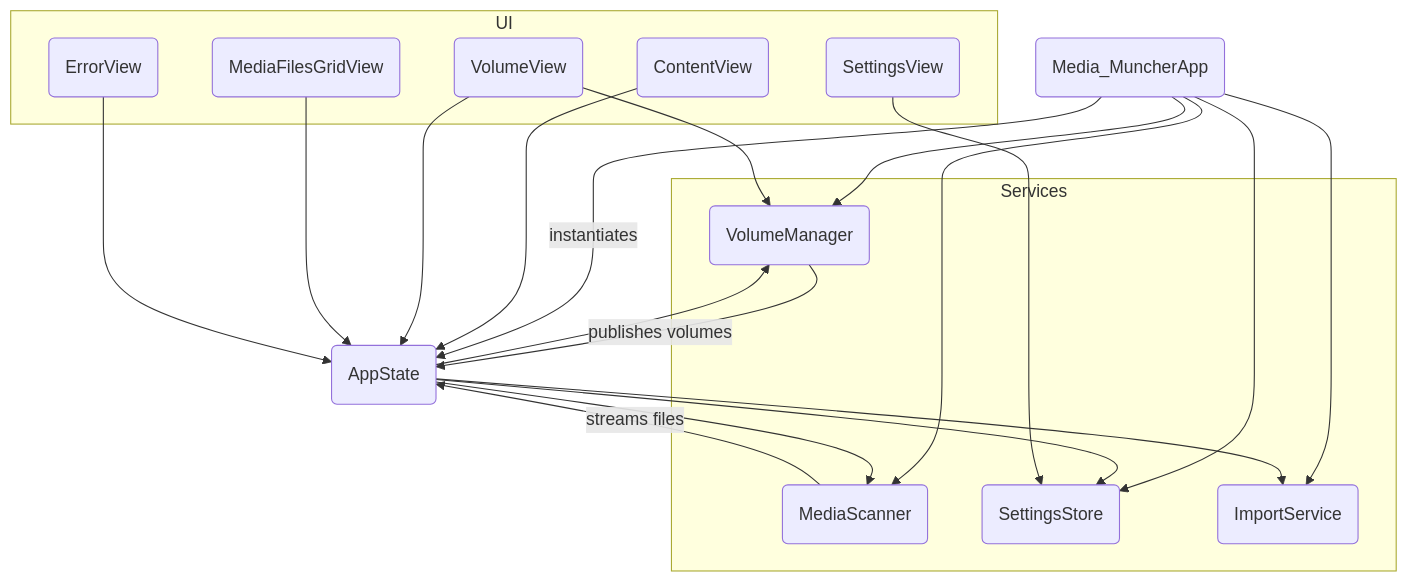
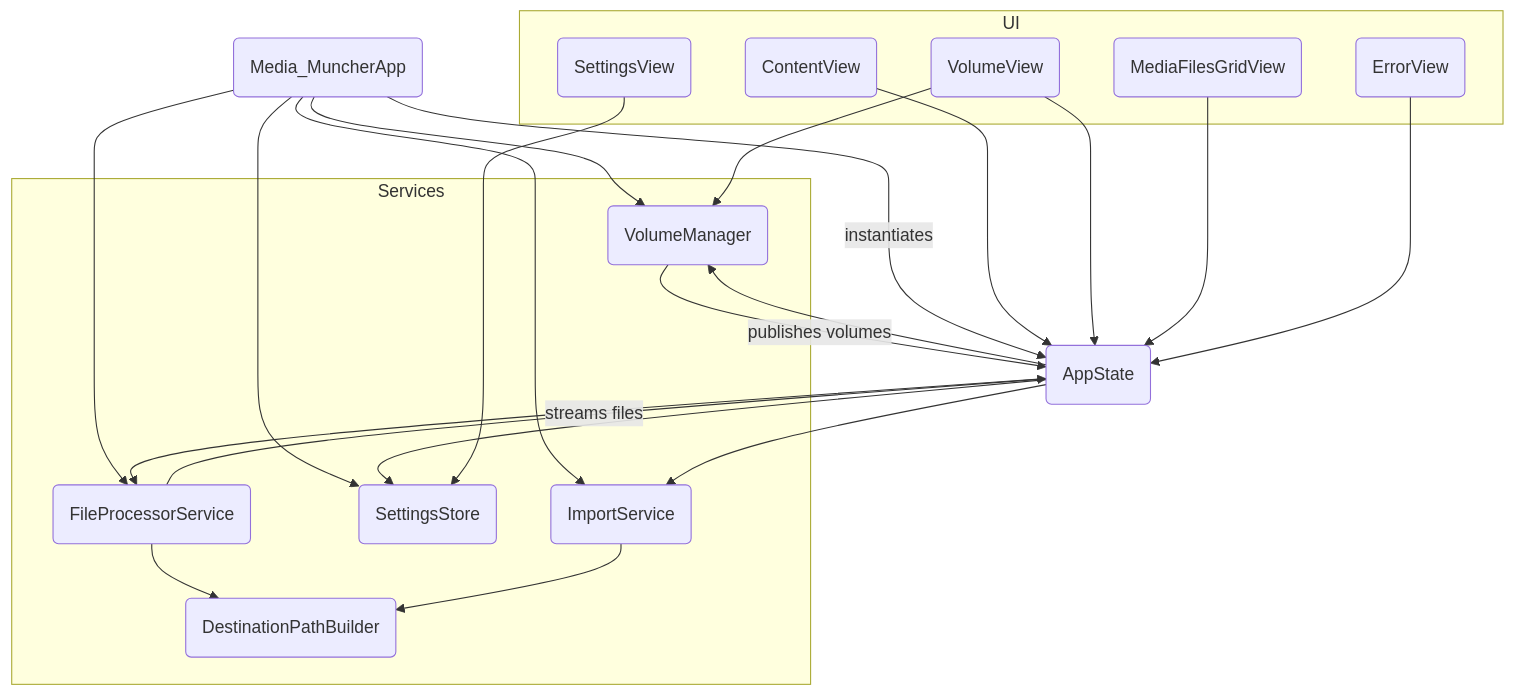
Before and after one commit to tonimelisma/Media-Muncher: the diagram in ARCHITECTURE.md, drawn with Mermaid. The commit also changed other lines of this file and 26 other files, not shown here.

````diff
--- a/ARCHITECTURE.md
+++ b/ARCHITECTURE.md
@@ -153,31 +159,34 @@
 ```mermaid
 graph TD;
   subgraph Services
     VM(VolumeManager)
-    MS(MediaScanner)
+    FPS(FileProcessorService)
     SS(SettingsStore)
     IS(ImportService)
+    DPB(DestinationPathBuilder)
   end
 
   subgraph UI
     CV(ContentView)
     VV(VolumeView)
     GV(MediaFilesGridView)
     SV(SettingsView)
     EV(ErrorView)
   end
   
   App(Media_MuncherApp) -- instantiates --> AS(AppState)
-  App --> VM & MS & SS & IS
+  App --> VM & FPS & SS & IS
 
-  AS --> VM & MS & SS & IS
+  AS --> VM & FPS & SS & IS
   
   CV --> AS
   VV --> VM & AS
   GV --> AS
   SV --> SS
   EV --> AS
 
   VM -- publishes volumes --> AS
-  MS -- streams files --> AS
+  FPS -- streams files --> AS
+  FPS --> DPB
+  IS --> DPB
 ```
````
